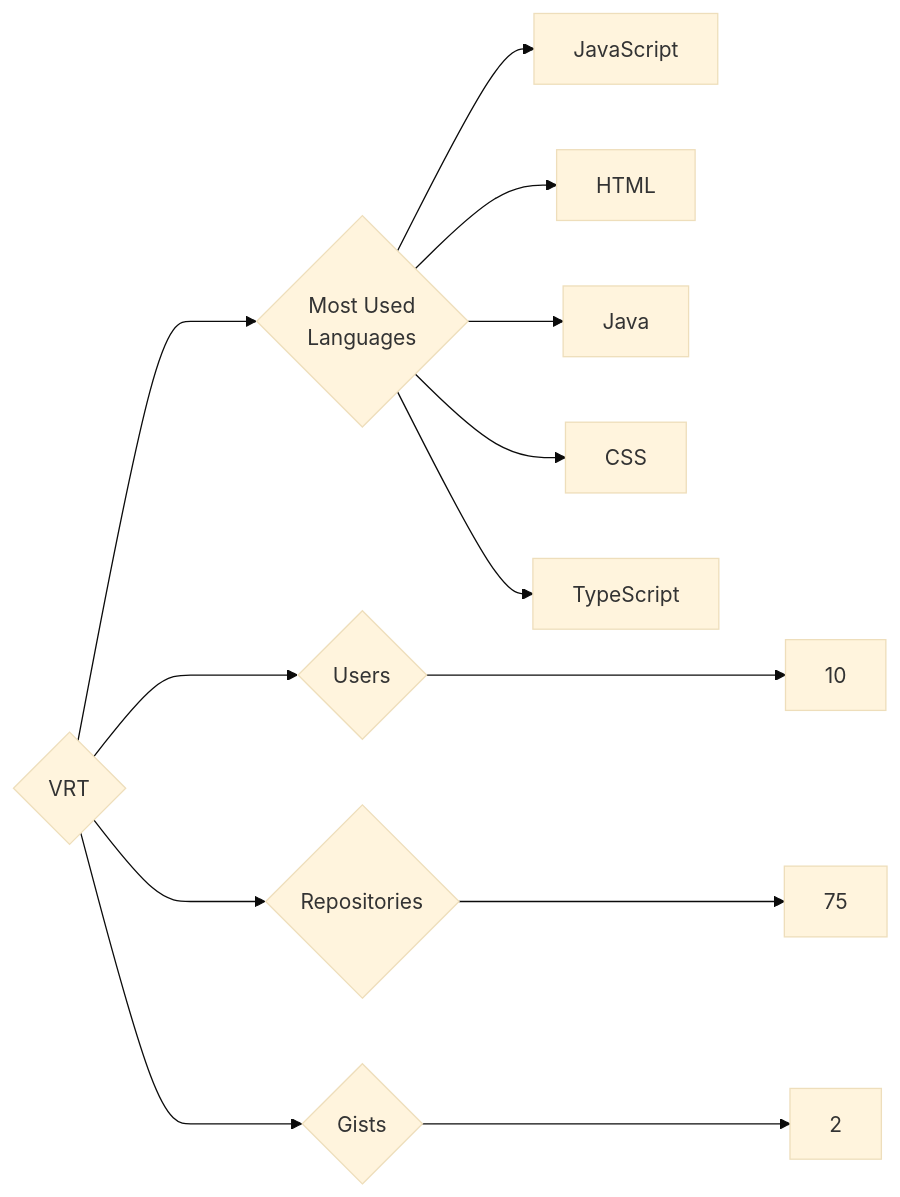
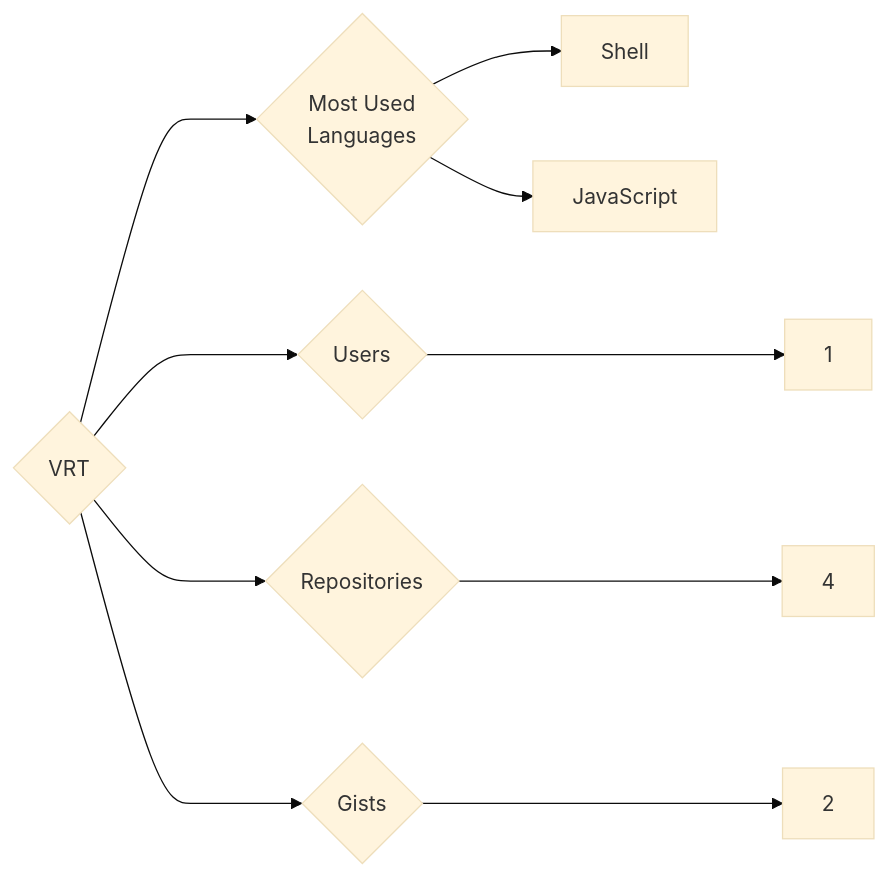
The diagram in targets/VRT/README.md (trickest/insiders), drawn with Mermaid (base theme) before and after one commit. The commit also changed 964 other files, not shown here.

````diff
--- a/targets/VRT/README.md
+++ b/targets/VRT/README.md
@@ -3,13 +3,10 @@
 ```mermaid
 graph LR
 COMPANY_NAME{VRT}
-COMPANY_NAME ---> U{Users} ---> UN[10]
-COMPANY_NAME ---> R{Repositories} ---> RN[75]
+COMPANY_NAME ---> U{Users} ---> UN[1]
+COMPANY_NAME ---> R{Repositories} ---> RN[4]
 COMPANY_NAME ---> G{Gists} ---> GN[2]
 COMPANY_NAME ---> ML{Most Used<br>Languages}
+ML --> Shell[Shell]
 ML --> JavaScript[JavaScript]
-ML --> HTML[HTML]
-ML --> Java[Java]
-ML --> CSS[CSS]
-ML --> TypeScript[TypeScript]
 ```
````
